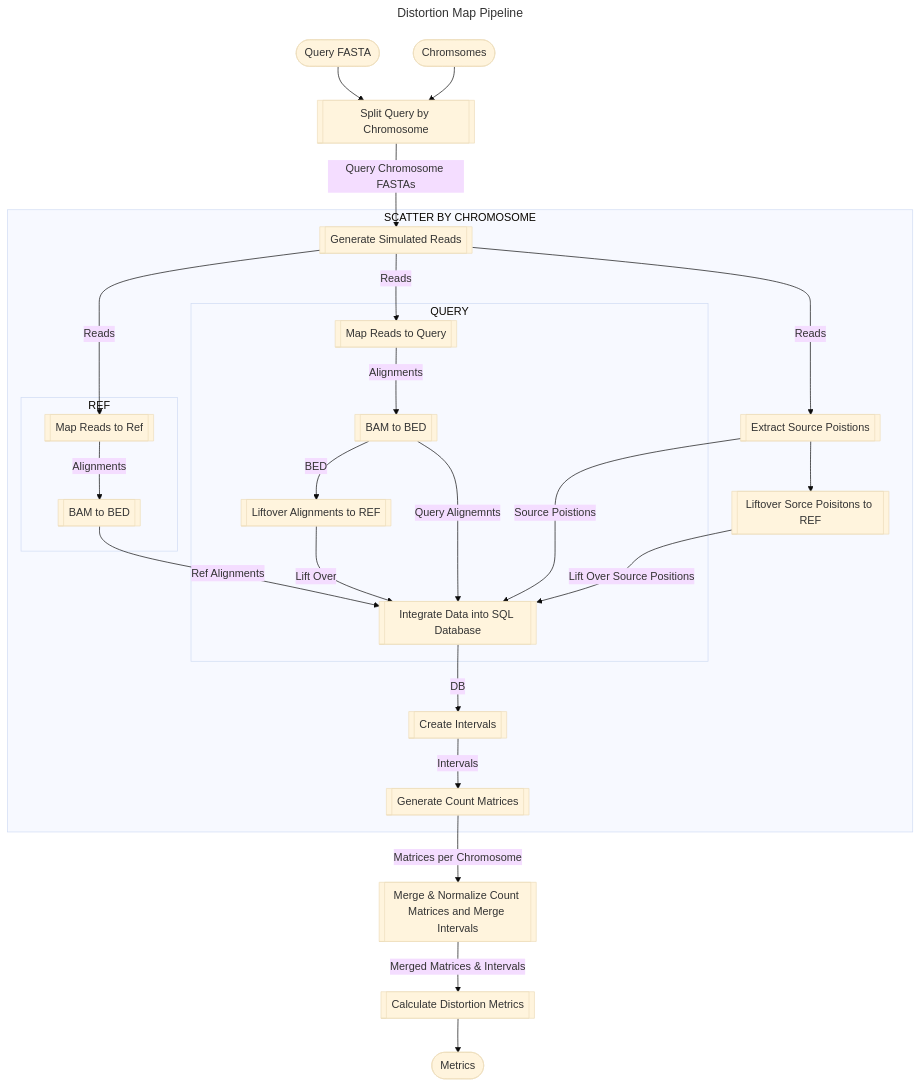
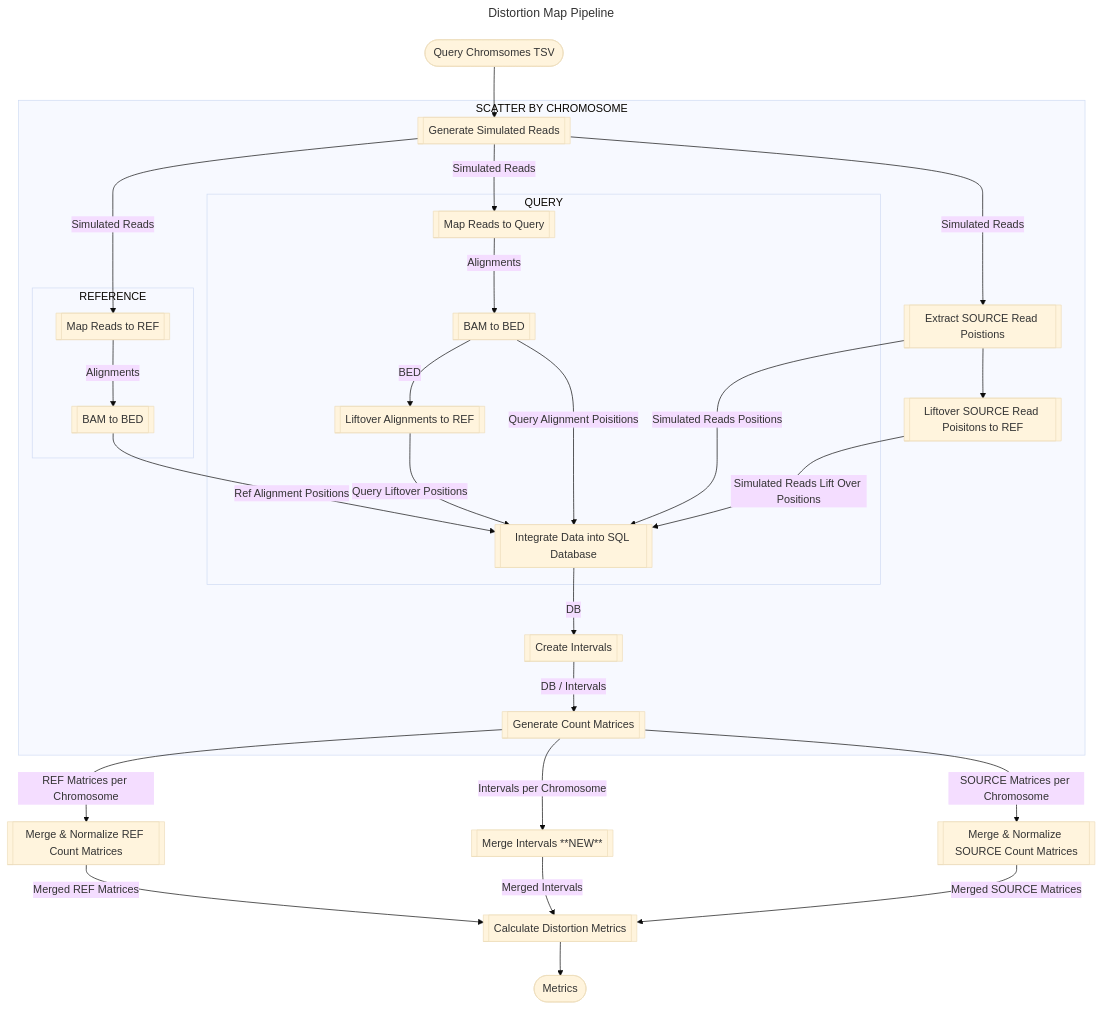
One commit to twlab/cig-pipelines changed the diagram in wdl/pipelines/distortion_map.doc.md. Above: the diagram before and after it, drawn with Mermaid (base theme).

Commit message:
Update distortion_map.doc.md
Bring up to date with using TSV

````diff
--- a/wdl/pipelines/distortion_map.doc.md
+++ b/wdl/pipelines/distortion_map.doc.md
@@ -5,51 +5,51 @@
 ```mermaid
 ---
 title: Distortion Map Pipeline
 ---
 flowchart TB;
-  i1([Query FASTA]);
-  i2([Chromsomes]);
+  i1([Query Chromsomes TSV]);
 
-  s1[[Split Query by Chromosome]];
   s21[[Generate Simulated Reads]];
-  s22[[Extract Source Poistions]];
-  s23[[Liftover Sorce Poisitons to REF]];
+  s22[[Extract SOURCE Read Poistions]];
+  s23[[Liftover SOURCE Read Poisitons to REF]];
 
-  s31[[Map Reads to Ref]];
+  s31[[Map Reads to REF]];
   s32[[BAM to BED]];
 
   s41[[Map Reads to Query]];
   s42[[BAM to BED]];
   s43[[Liftover Alignments to REF]];
 
   s61[[Integrate Data into SQL Database]];
   s62[[Create Intervals]]
   s63[[Generate Count Matrices]];
 
-  s101[[Merge & Normalize Count Matrices and Merge Intervals]];
-  s102[[Calculate Distortion Metrics]];
+  s101[[Merge & Normalize REF Count Matrices]];
+  s102[[Merge & Normalize SOURCE Count Matrices]];
+  s111[[Merge Intervals **NEW**]];
+  s121[[Calculate Distortion Metrics]];
 
   o1([Metrics]);
  
-  i1-->s1; i2-->s1;
-  s1--Query Chromosome FASTAs-->s21;
+  i1-->s21;
   subgraph sg1 ["SCATTER BY CHROMOSOME"]
-    s21--Reads-->s31;
-    s21--Reads-->s41;
-    s21--Reads-->s22-->s23--Lift Over Source Positions-->s61;
-    s22--Source Poistions-->s61
-    subgraph sgq ["REF"]
+    s21--Simulated Reads-->s31;
+    s21--Simulated Reads-->s41;
+    s21--Simulated Reads-->s22-->s23--Simulated Reads Lift Over Positions-->s61;
+    s22--Simulated Reads Positions-->s61
+    subgraph sgr ["QUERY"]
+      s41--Alignments-->s42--BED-->s43
+      s42--Query Alignment Poisitions-->s61;
+    end
+    subgraph sgq ["REFERENCE"]
       s31--Alignments-->s32
     end
-    subgraph sgr ["QUERY"]
-      s41--Alignments-->s42--BED-->s43
-      s42--Query Alignemnts-->s61;
-    end
-    s32--Ref Alignments-->s61;
-    s43--Lift Over-->s61;
-    s61--DB-->s62--Intervals-->s63;
+    s32--Ref Alignment Positions-->s61;
+    s43--Query Liftover Positions-->s61;
+    s61--DB-->s62--DB / Intervals-->s63;
   end
-  s63--Matrices per Chromosome-->s101--Merged Matrices & Intervals-->s102
-
-  s102-->o1
+  s63--REF Matrices per Chromosome-->s101--Merged REF Matrices-->s121
+  s63--Intervals per Chromosome-->s111--Merged Intervals-->s121
+  s63--SOURCE Matrices per Chromosome-->s102--Merged SOURCE Matrices-->s121
+  s121-->o1
 ```
````
